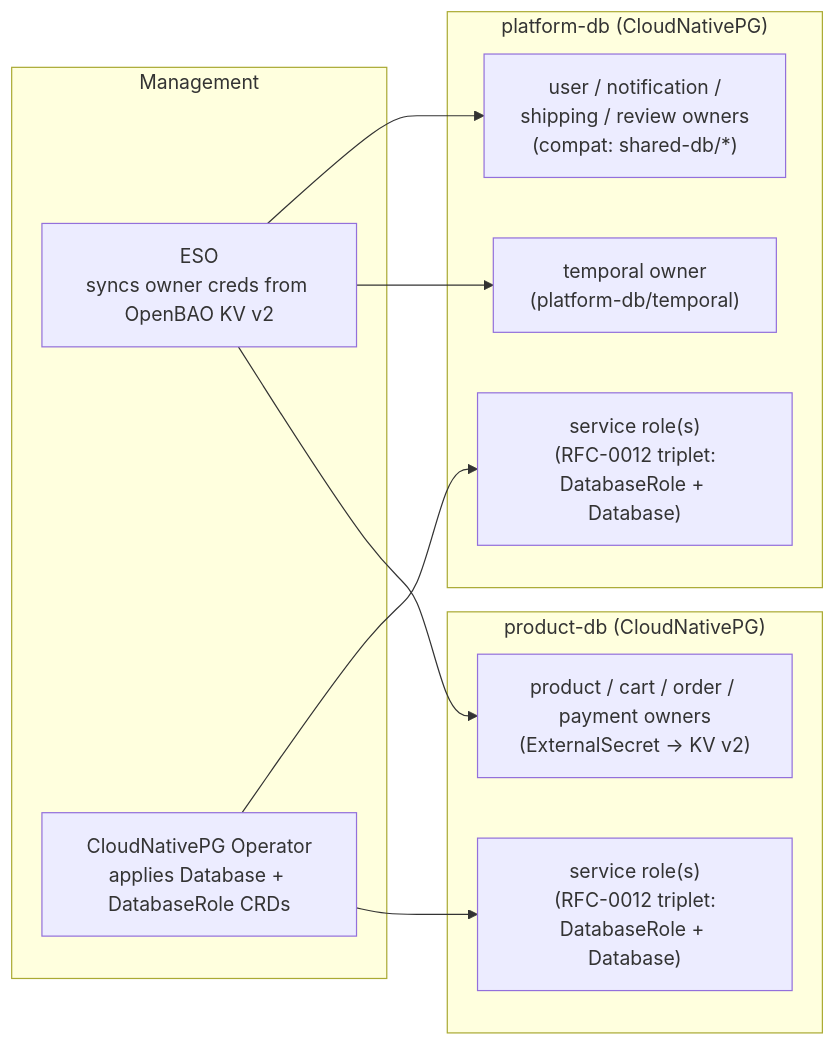
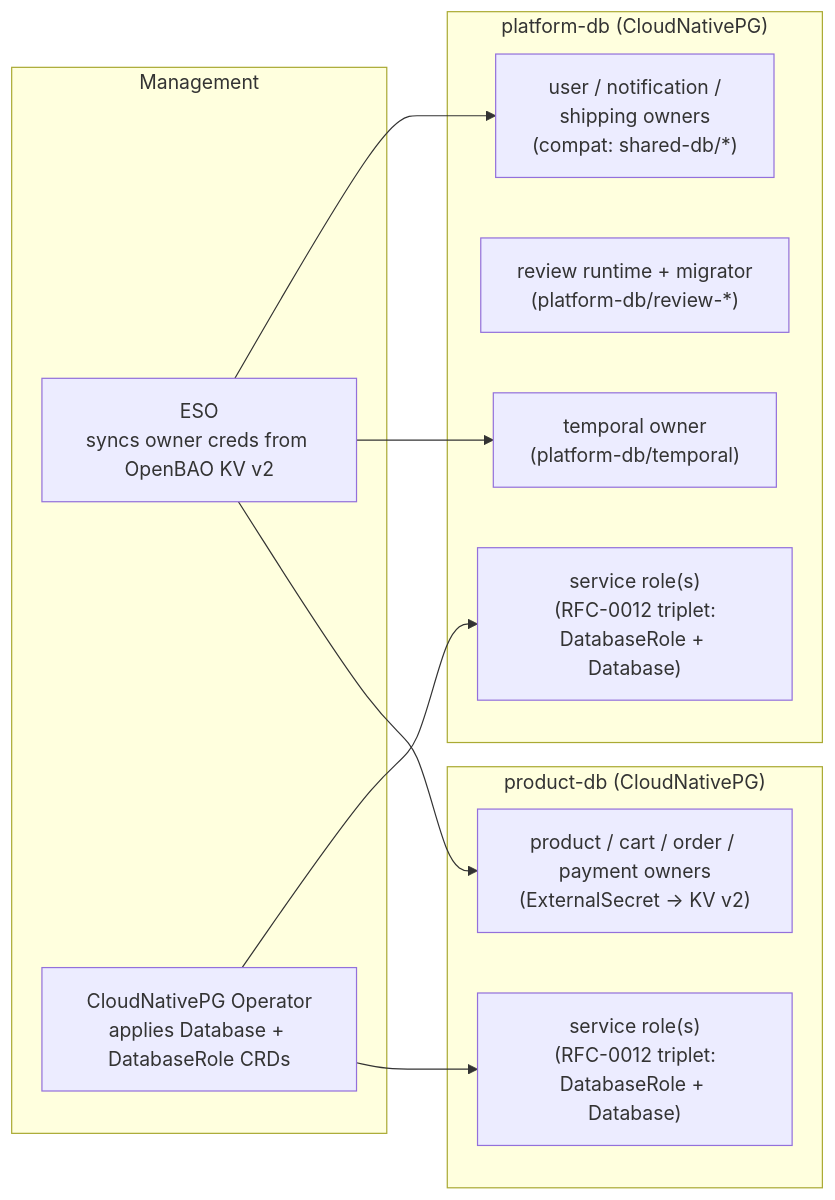
One commit to duynhlab/homelab changed diagram 14 of 19 in docs/secrets/openbao.md. Above: the diagram before and after it, drawn with Mermaid. The commit also changed other lines of this file and 26 other files, not shown here.

````diff
--- a/docs/secrets/openbao.md
+++ b/docs/secrets/openbao.md
@@ -725,21 +727,22 @@
 ```mermaid
 flowchart LR
     subgraph cnpg_platform["platform-db (CloudNativePG)"]
-        p_shared["user / notification /\nshipping / review owners\n(compat: shared-db/*)"]
+        p_shared["user / notification /\nshipping owners\n(compat: shared-db/*)"]
+        p_review["review runtime + migrator\n(platform-db/review-*)"]
         p_temporal["temporal owner\n(platform-db/temporal)"]
         p_roles["service role(s)\n(RFC-0012 triplet:\nDatabaseRole + Database)"]
     end
 
     subgraph cnpg_product["product-db (CloudNativePG)"]
         prod_owners["product / cart / order / payment owners\n(ExternalSecret → KV v2)"]
         prod_roles["service role(s)\n(RFC-0012 triplet:\nDatabaseRole + Database)"]
     end
 
     subgraph management["Management"]
         eso_mgr["ESO\nsyncs owner creds from OpenBAO KV v2"]
         cnpg_op["CloudNativePG Operator\napplies Database + DatabaseRole CRDs"]
     end
 
     eso_mgr --> p_shared & p_temporal & prod_owners
     cnpg_op --> p_roles & prod_roles
 ```
````
